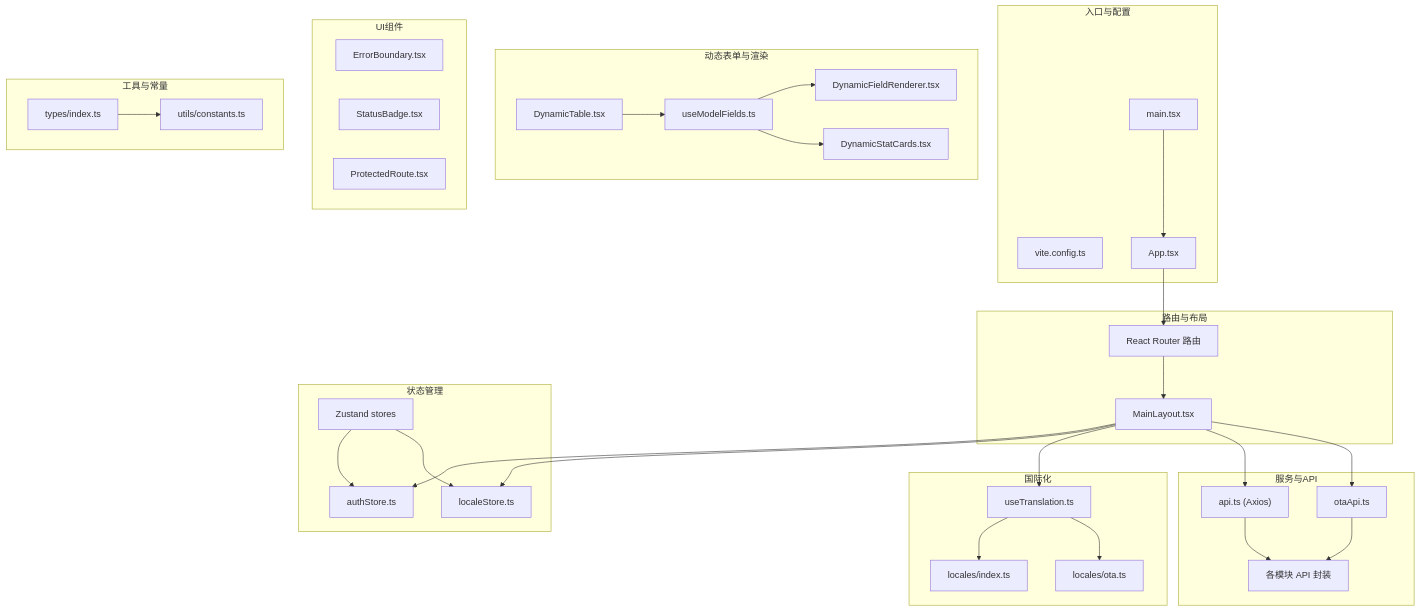
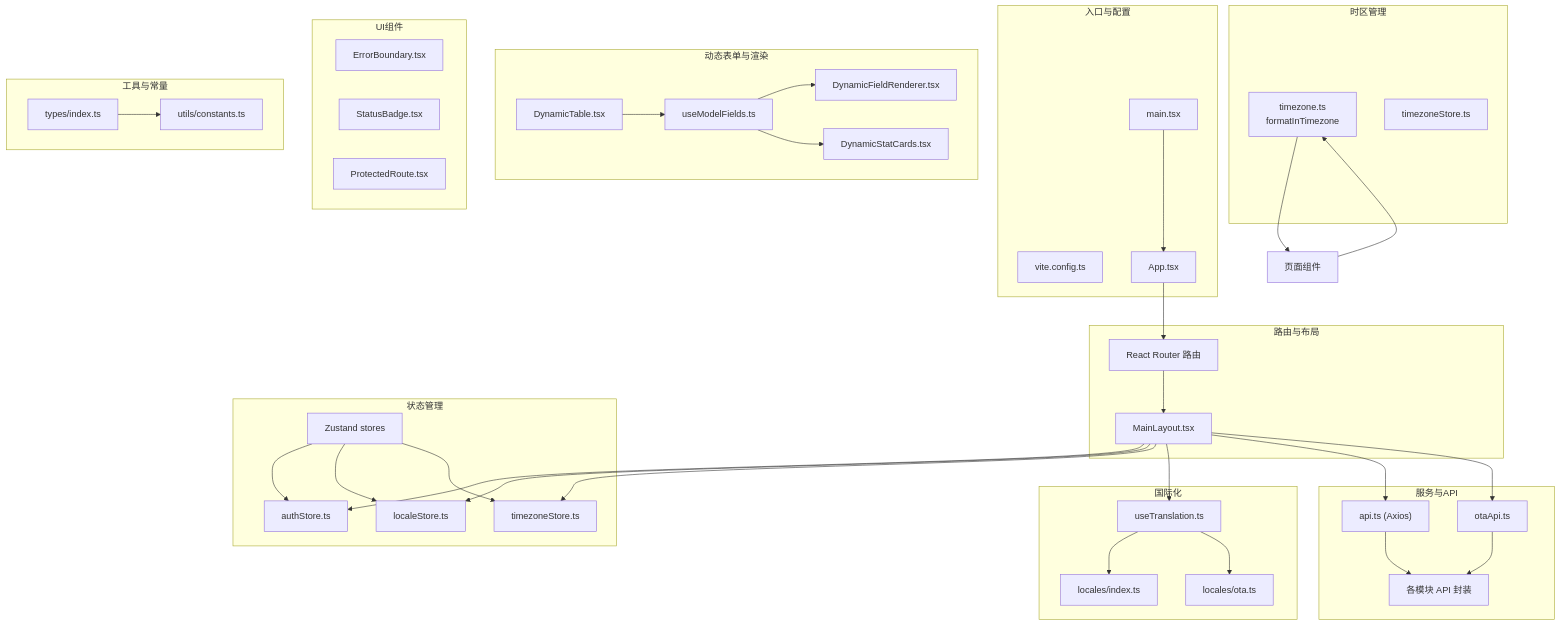
Before and after one commit to mcmrzy/cs_inv_monitor-develop: the first of 14 diagrams in .qoder/repowiki/zh/content/管理后台前端/管理后台前端.md, drawn with Mermaid. The commit also changed other lines of this file and 28 other files, not shown here.

````diff
--- a/.qoder/repowiki/zh/content/管理后台前端/管理后台前端.md
+++ b/.qoder/repowiki/zh/content/管理后台前端/管理后台前端.md
@@ -56,60 +64,69 @@
 ```mermaid
 graph TB
 subgraph "入口与配置"
 VITE["vite.config.ts"]
 MAIN["main.tsx"]
 APP["App.tsx"]
 end
 subgraph "路由与布局"
 ROUTER["React Router 路由"]
 LAYOUT["MainLayout.tsx"]
 end
 subgraph "状态管理"
 ZUSTAND["Zustand stores"]
 AUTH["authStore.ts"]
 LOCALE["localeStore.ts"]
+TIMEZONE["timezoneStore.ts"]
 end
 subgraph "国际化"
 I18N_HOOK["useTranslation.ts"]
 I18N_LOCALES["locales/index.ts"]
 OTA_LOCALES["locales/ota.ts"]
+end
+subgraph "时区管理"
+TZ_UTILS["timezone.ts<br/>formatInTimezone"]
+TZ_STORE["timezoneStore.ts"]
 end
 subgraph "服务与API"
 AXIOS["api.ts (Axios)"]
 OTAAPI["otaApi.ts"]
 SERVICES["各模块 API 封装"]
 end
 subgraph "动态表单与渲染"
 DYN_FIELD["DynamicFieldRenderer.tsx"]
 DYN_STATS["DynamicStatCards.tsx"]
 DYN_TABLE["DynamicTable.tsx"]
 DYN_FIELDS["useModelFields.ts"]
 end
 subgraph "UI组件"
 ERROR_BOUNDARY["ErrorBoundary.tsx"]
 STATUS_BADGE["StatusBadge.tsx"]
 PROTECTED_ROUTE["ProtectedRoute.tsx"]
 end
 subgraph "工具与常量"
 TYPES["types/index.ts"]
 CONSTS["utils/constants.ts"]
 end
 MAIN --> APP
 APP --> ROUTER
 ROUTER --> LAYOUT
 LAYOUT --> AUTH
 LAYOUT --> LOCALE
+LAYOUT --> TIMEZONE
 LAYOUT --> I18N_HOOK
 I18N_HOOK --> I18N_LOCALES
 I18N_HOOK --> OTA_LOCALES
 LAYOUT --> AXIOS
 LAYOUT --> OTAAPI
 DYN_FIELDS --> DYN_FIELD
 DYN_FIELDS --> DYN_STATS
 DYN_TABLE --> DYN_FIELDS
 AXIOS --> SERVICES
 OTAAPI --> SERVICES
 ZUSTAND --> AUTH
 ZUSTAND --> LOCALE
+ZUSTAND --> TIMEZONE
+TZ_UTILS --> PAGES["页面组件"]
+PAGES --> TZ_UTILS
 TYPES --> CONSTS
 ```
````
